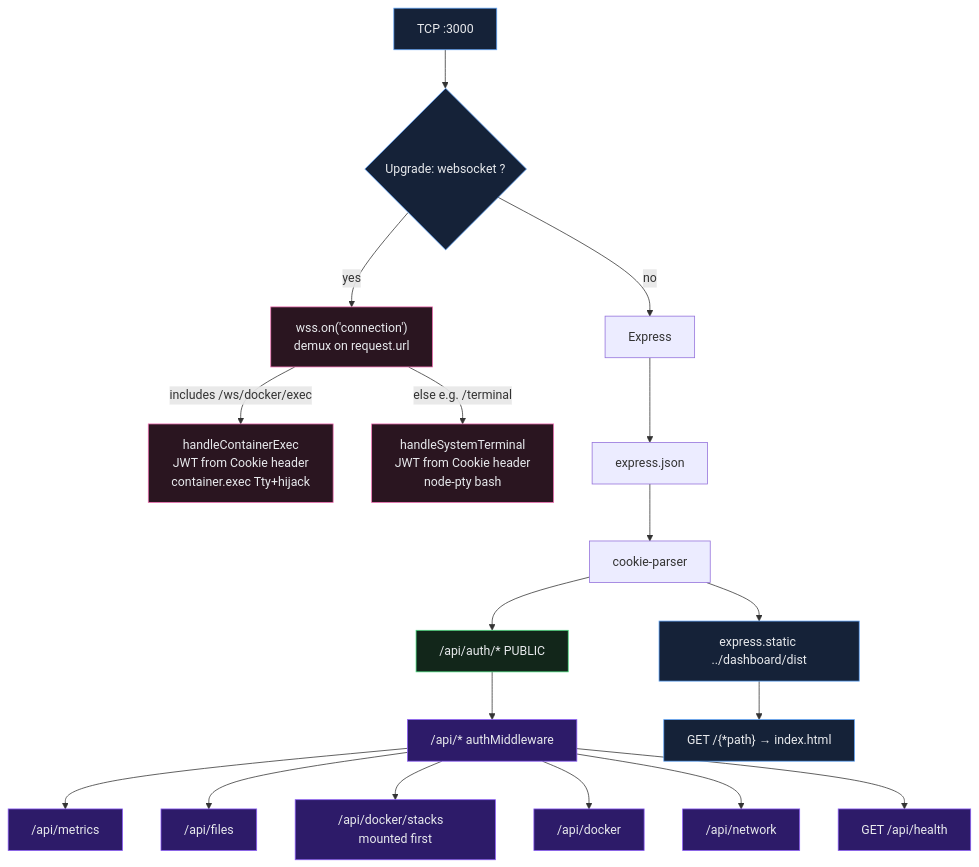
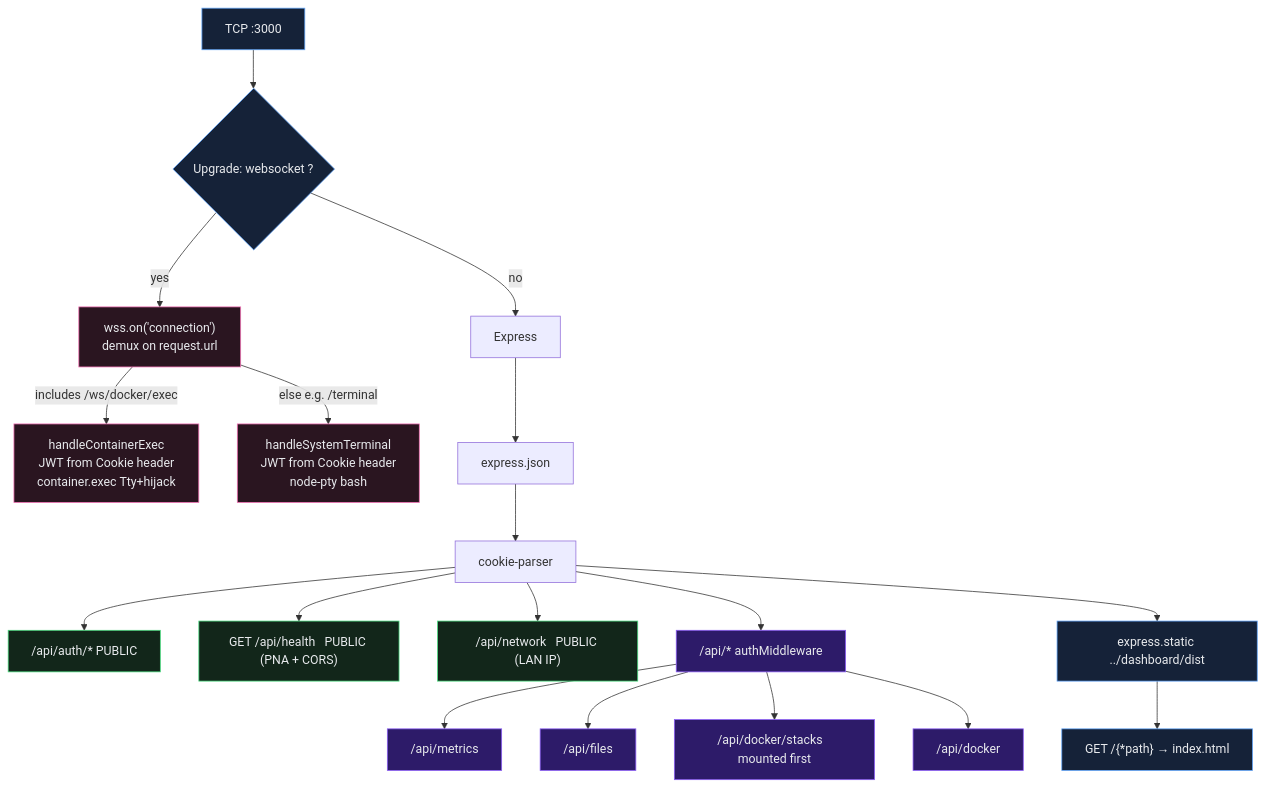
Before and after one commit to Cypher-0071/Home_Cloud: the third of 7 diagrams in docs/SYSTEM_DESIGN.md, drawn with Mermaid. The commit also changed other lines of this file and 1 other file, not shown here.

Commit message:
docs: synchronize system design and technical debt with current architecture

````diff
--- a/docs/SYSTEM_DESIGN.md
+++ b/docs/SYSTEM_DESIGN.md
@@ -239,35 +239,35 @@
 ```mermaid
 flowchart TB
   classDef in fill:#152238,stroke:#60a5fa,color:#e8eaed
   classDef mux fill:#1e1635,stroke:#c4b5fd,color:#e8eaed
   classDef pub fill:#12261a,stroke:#4ade80,color:#e8eaed
   classDef prot fill:#2d1b69,stroke:#8b5cf6,color:#e8eaed
   classDef spa fill:#152238,stroke:#60a5fa,color:#e8eaed
   classDef ws fill:#2a1520,stroke:#f472b6,color:#e8eaed
 
   IN["TCP :3000"] --> UPG{"Upgrade: websocket ?"}
   UPG -->|yes| WSS["wss.on('connection')<br/>demux on request.url"]
   UPG -->|no| EXP["Express"]
 
   WSS -->|"includes /ws/docker/exec"| EXEC["handleContainerExec<br/>JWT from Cookie header<br/>container.exec Tty+hijack"]
   WSS -->|"else  e.g. /terminal"| HOST["handleSystemTerminal<br/>JWT from Cookie header<br/>node-pty bash"]
 
   EXP --> JSON["express.json"]
   JSON --> CK["cookie-parser"]
   CK --> R1["/api/auth/*   PUBLIC"]
-  R1 --> MW["/api/*   authMiddleware"]
+  CK --> HL["GET /api/health   PUBLIC (PNA + CORS)"]
+  CK --> NET["/api/network   PUBLIC (LAN IP)"]
+  CK --> MW["/api/*   authMiddleware"]
   MW --> R2["/api/metrics"]
   MW --> R3["/api/files"]
   MW --> R4["/api/docker/stacks   mounted first"]
   MW --> R5["/api/docker"]
-  MW --> R6["/api/network"]
-  MW --> HL["GET /api/health"]
   CK --> ST["express.static ../dashboard/dist"]
   ST --> SPA["GET /{*path} → index.html"]
 
   class IN,UPG in
   class WSS,EXEC,HOST ws
-  class R1 pub
-  class MW,R2,R3,R4,R5,R6,HL prot
+  class R1,HL,NET pub
+  class MW,R2,R3,R4,R5 prot
   class ST,SPA spa
 ```
````
